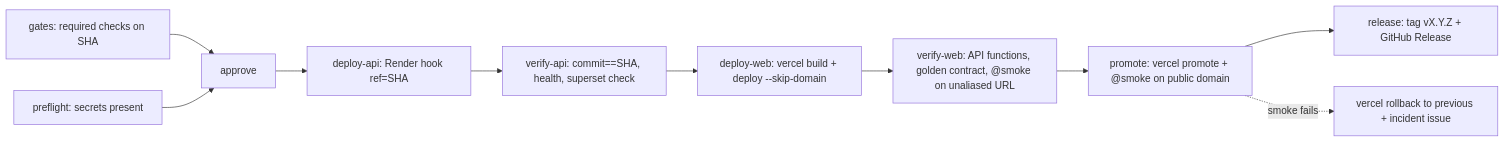
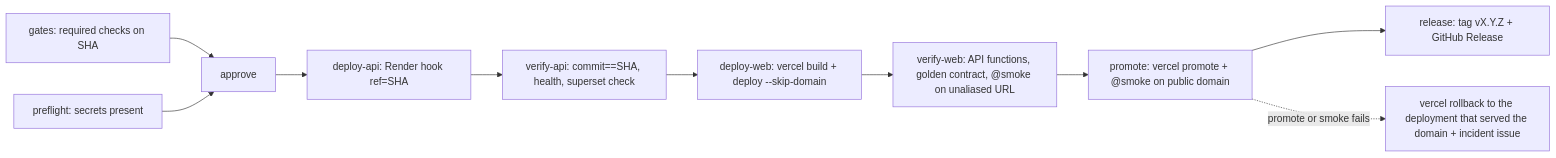
The diagram in docs/process/runbooks/deploy.md (Algorythmos-AI/sggs-knowledge-base), drawn with Mermaid before and after one commit. The commit also changed other lines of this file and 4 other files, not shown here.

````diff
--- a/docs/process/runbooks/deploy.md
+++ b/docs/process/runbooks/deploy.md
@@ -16,14 +16,14 @@
 ```mermaid
 flowchart LR
     accTitle: The deploy-production job chain
     accDescr: Gates, preflight and approval, then the API deploy and its verification, the unaliased web deploy with its API functions and their checks, promotion with the public smoke and rollback edge, and the release tag.
   G[gates: required checks on SHA] --> A[approve]
   P[preflight: secrets present] --> A
   A --> DA[deploy-api: Render hook ref=SHA]
   DA --> VA[verify-api: commit==SHA, health, superset check]
   VA --> DW[deploy-web: vercel build + deploy --skip-domain]
   DW --> VW[verify-web: API functions, golden contract, @smoke on unaliased URL]
   VW --> PR[promote: vercel promote + @smoke on public domain]
   PR --> R[release: tag vX.Y.Z + GitHub Release]
-  PR -. smoke fails .-> RB[vercel rollback to previous + incident issue]
+  PR -. promote or smoke fails .-> RB[vercel rollback to the deployment that served the domain + incident issue]
 ```
````
